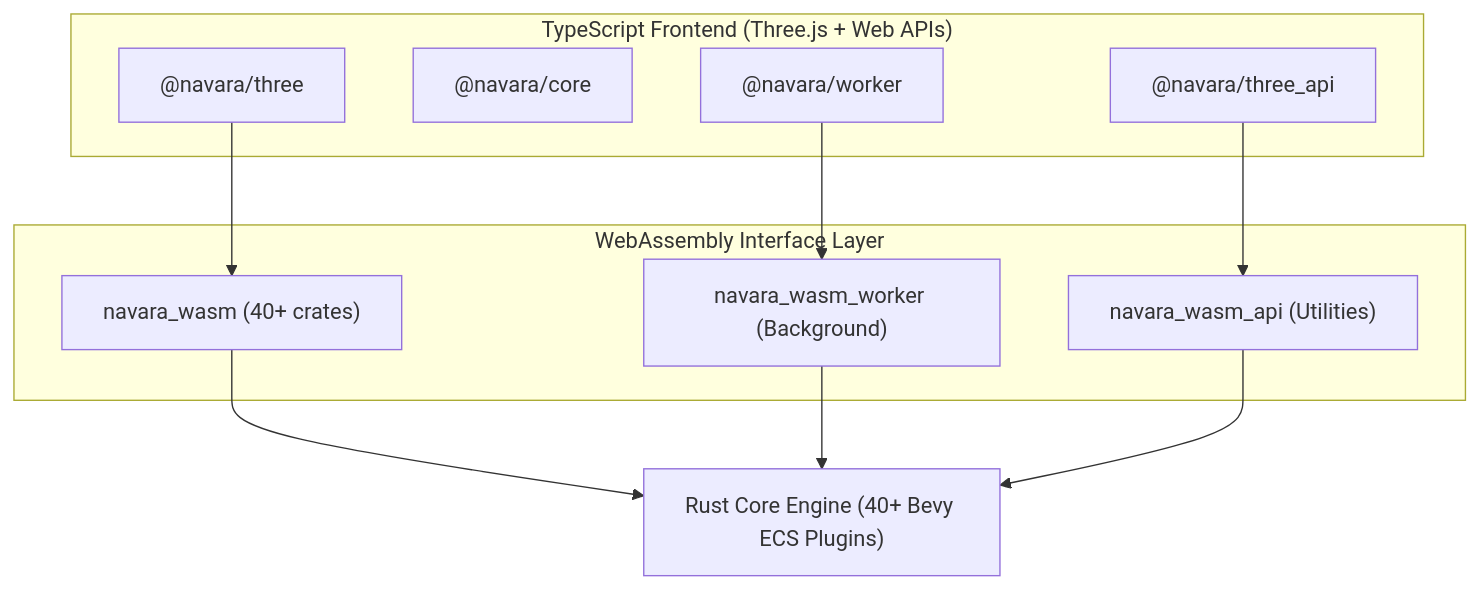
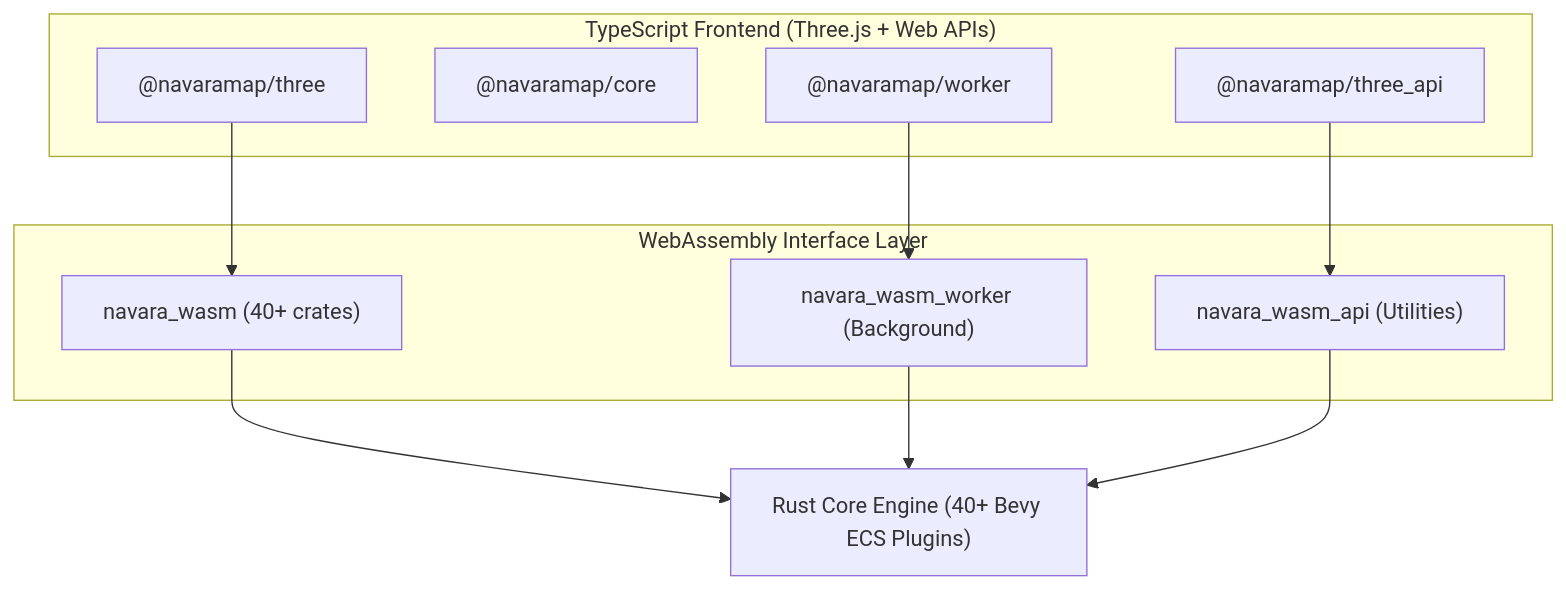
The diagram in docs/src/content/docs/guides/For Contributors/architecture.md (reearth/navara), drawn with Mermaid before and after one commit. The commit also changed other lines of this file and 645 other files, not shown here.

````diff
--- a/docs/src/content/docs/guides/For Contributors/architecture.md
+++ b/docs/src/content/docs/guides/For Contributors/architecture.md
@@ -12,24 +12,24 @@
 ```mermaid
 graph TD
   subgraph TS["TypeScript Frontend (Three.js + Web APIs)"]
-    a1["@navara/three"]
-    a2["@navara/core"]
-    a3["@navara/worker"]
-    a4["@navara/three_api"]
+    a1["@navaramap/three"]
+    a2["@navaramap/core"]
+    a3["@navaramap/worker"]
+    a4["@navaramap/three_api"]
   end
 
   subgraph WASM["WebAssembly Interface Layer"]
     b1["navara_wasm (40+ crates)"]
     b2["navara_wasm_worker (Background)"]
     b3["navara_wasm_api (Utilities)"]
   end
 
   RUST["Rust Core Engine (40+ Bevy ECS Plugins)"]
 
   a1 --> b1
   a3 --> b2
   a4 --> b3
   b1 --> RUST
   b2 --> RUST
   b3 --> RUST
 ```
````
